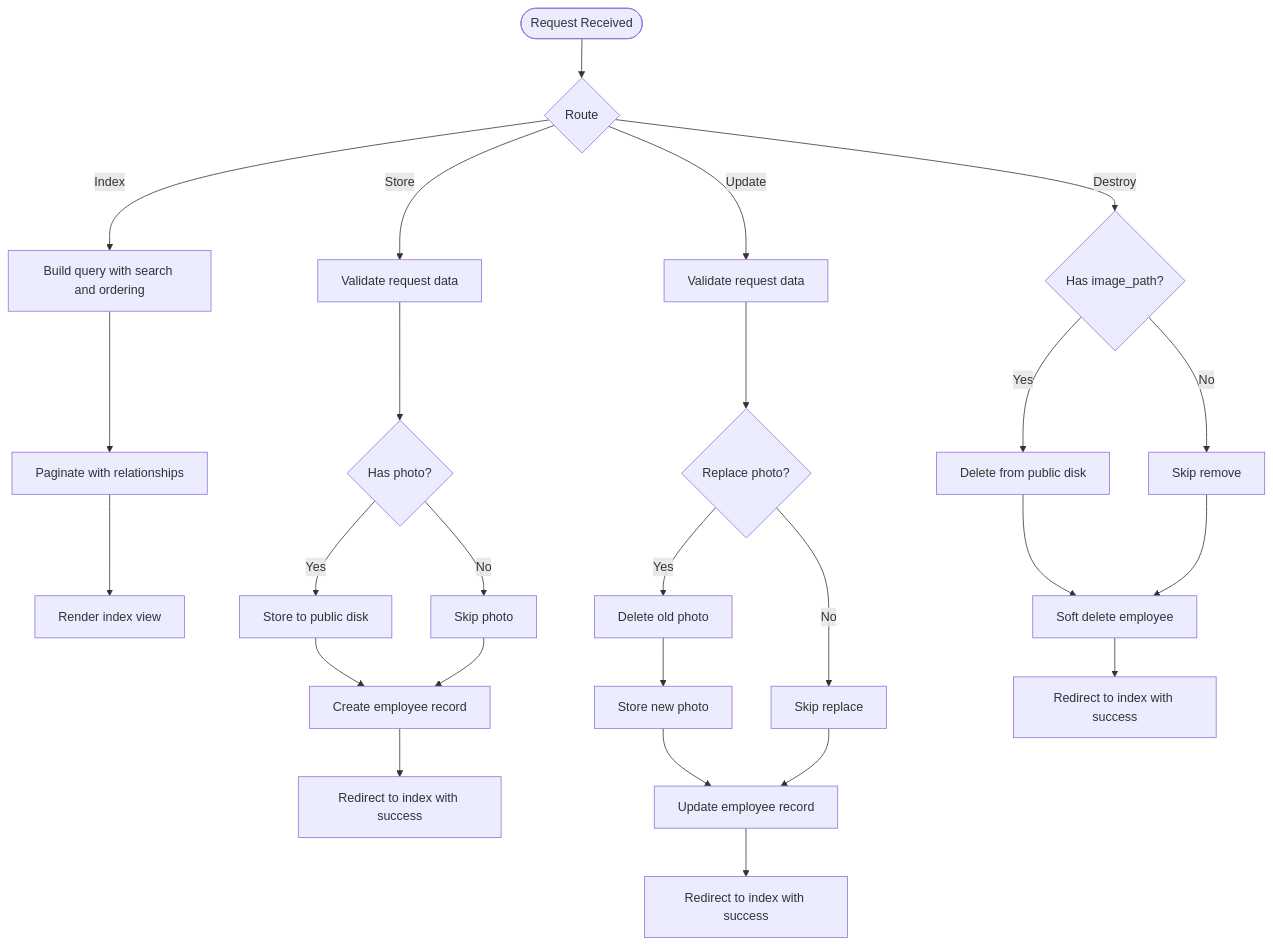
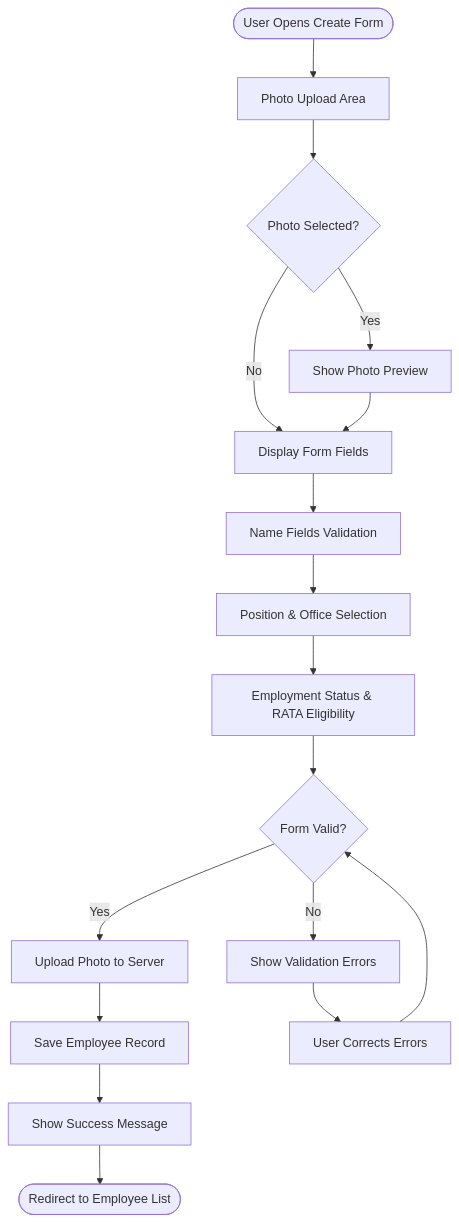
The sixth of 8 diagrams in .qoder/repowiki/en/content/Employee Management/Employee Profile Management.md (vincet0t15/template), drawn with Mermaid before and after one commit. The commit also changed other lines of this file and 7 other files, not shown here.

````diff
--- a/.qoder/repowiki/en/content/Employee Management/Employee Profile Management.md
+++ b/.qoder/repowiki/en/content/Employee Management/Employee Profile Management.md
@@ -218,28 +319,19 @@
 ```mermaid
 flowchart TD
-Start([Request Received]) --> Route{"Route"}
-Route --> |Index| BuildQuery["Build query with search and ordering"]
-BuildQuery --> Paginate["Paginate with relationships"]
-Paginate --> RenderIndex["Render index view"]
-Route --> |Store| Validate["Validate request data"]
-Validate --> HasPhoto{"Has photo?"}
-HasPhoto --> |Yes| SavePhoto["Store to public disk"]
-HasPhoto --> |No| SkipPhoto["Skip photo"]
-SavePhoto --> CreateEmp["Create employee record"]
-SkipPhoto --> CreateEmp
-CreateEmp --> RedirectIndex["Redirect to index with success"]
-Route --> |Update| Validate2["Validate request data"]
-Validate2 --> ReplacePhoto{"Replace photo?"}
-ReplacePhoto --> |Yes| DeleteOld["Delete old photo"]
-DeleteOld --> SaveNew["Store new photo"]
-ReplacePhoto --> |No| SkipReplace["Skip replace"]
-SaveNew --> UpdateEmp["Update employee record"]
-SkipReplace --> UpdateEmp
-UpdateEmp --> RedirectIndex2["Redirect to index with success"]
-Route --> |Destroy| DeletePhoto{"Has image_path?"}
-DeletePhoto --> |Yes| RemoveFromDisk["Delete from public disk"]
-DeletePhoto --> |No| SkipRemove["Skip remove"]
-RemoveFromDisk --> SoftDelete["Soft delete employee"]
-SkipRemove --> SoftDelete
-SoftDelete --> RedirectIndex3["Redirect to index with success"]
+Start([User Opens Create Form]) --> PhotoUpload["Photo Upload Area"]
+PhotoUpload --> PhotoSelected{"Photo Selected?"}
+PhotoSelected --> |Yes| Preview["Show Photo Preview"]
+PhotoSelected --> |No| FormFields["Display Form Fields"]
+Preview --> FormFields
+FormFields --> NameFields["Name Fields Validation"]
+NameFields --> PositionOffice["Position & Office Selection"]
+PositionOffice --> StatusEligibility["Employment Status & RATA Eligibility"]
+StatusEligibility --> Submit{"Form Valid?"}
+Submit --> |No| ShowErrors["Show Validation Errors"]
+Submit --> |Yes| UploadPhoto["Upload Photo to Server"]
+UploadPhoto --> SaveEmployee["Save Employee Record"]
+SaveEmployee --> Success["Show Success Message"]
+ShowErrors --> FixErrors["User Corrects Errors"]
+FixErrors --> Submit
+Success --> End([Redirect to Employee List])
 ```
````
